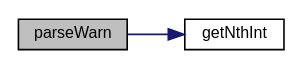
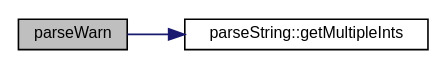
One commit to FPGA-Research-Manchester/byteman changed the diagram in byteman_8cpp_a8f7be31e158a1af17d28b26fdcb8653d_cgraph.dot. Above: the diagram before and after it, drawn with Graphviz. The commit also changed 566 other files, not shown here.

```diff
--- a/byteman_8cpp_a8f7be31e158a1af17d28b26fdcb8653d_cgraph.dot
+++ b/byteman_8cpp_a8f7be31e158a1af17d28b26fdcb8653d_cgraph.dot
@@ -1,11 +1,11 @@
 digraph "parseWarn"
 {
  // INTERACTIVE_SVG=YES
  // LATEX_PDF_SIZE
   edge [fontname="Helvetica",fontsize="10",labelfontname="Helvetica",labelfontsize="10"];
   node [fontname="Helvetica",fontsize="10",shape=record];
   rankdir="LR";
   Node1 [label="parseWarn",height=0.2,width=0.4,color="black", fillcolor="grey75", style="filled", fontcolor="black",tooltip=" "];
   Node1 -> Node2 [color="midnightblue",fontsize="10",style="solid",fontname="Helvetica"];
-  Node2 [label="getNthInt",height=0.2,width=0.4,color="black", fillcolor="white", style="filled",URL="$byteman_8cpp.html#a7e6d949e69ac4f52a80dad0b6d62de02",tooltip=" "];
+  Node2 [label="parseString::getMultipleInts",height=0.2,width=0.4,color="black", fillcolor="white", style="filled",URL="$namespaceparseString.html#ac06596f0fa8d4218207a451019f59df4",tooltip=" "];
 }
```
